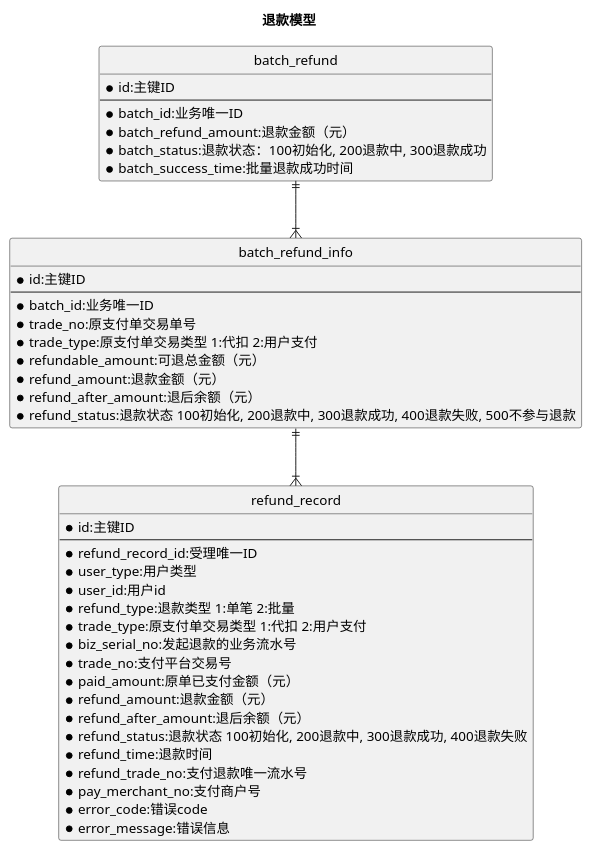
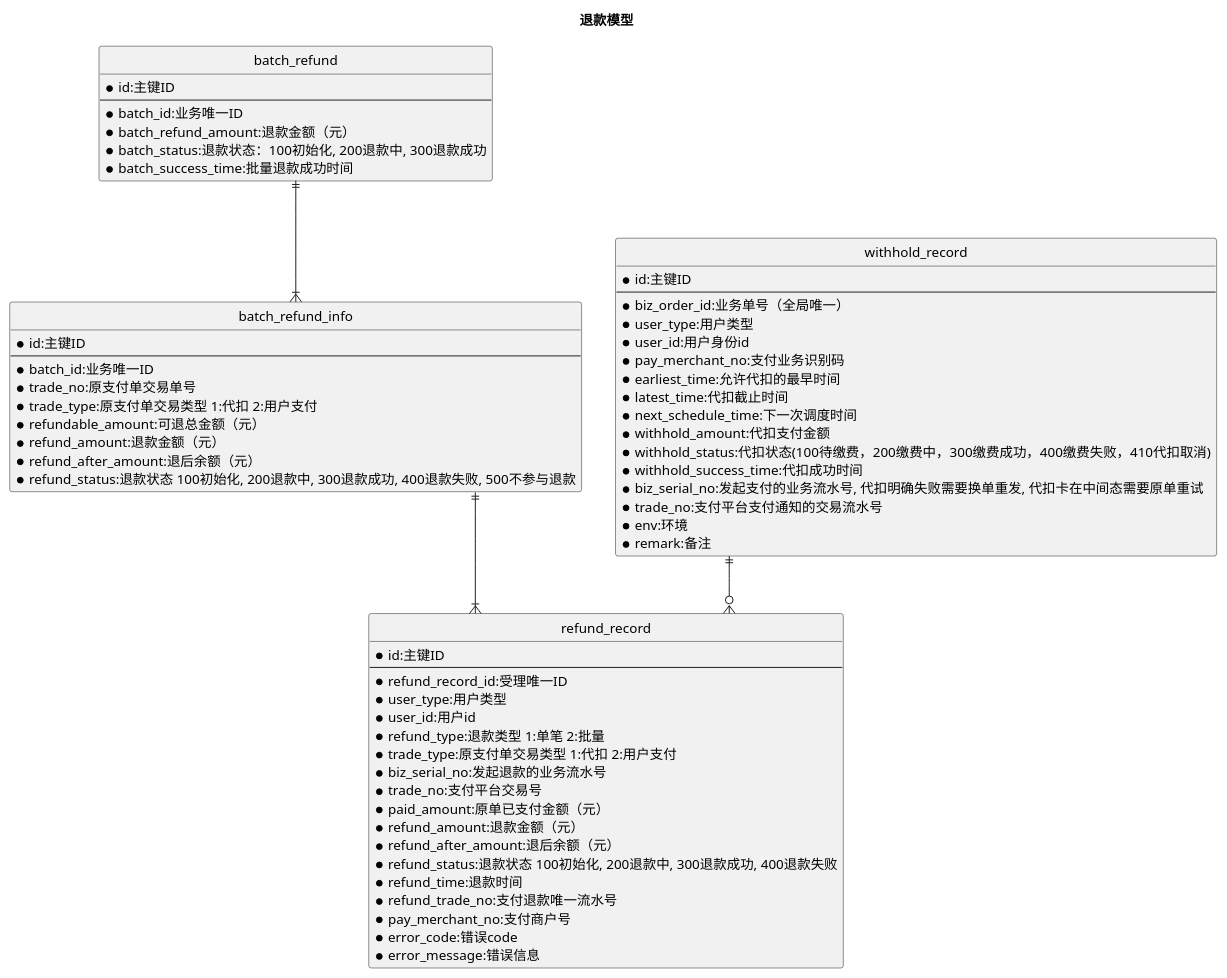
Before and after one commit to dictionaryshi/wxjj: the diagram in diagram/EntityDemo.puml, drawn with PlantUML.

Commit message:
EntityDemo.puml

```diff
--- a/diagram/EntityDemo.puml
+++ b/diagram/EntityDemo.puml
@@ -1,58 +1,79 @@
 @startuml
 
 title 退款模型
 
 '隐藏类标'
 hide circle
 
 '使用直线'
 skinparam linetype ortho
 
 entity "batch_refund" {
 *id:主键ID
 --
 *batch_id:业务唯一ID
 *batch_refund_amount:退款金额（元）
 *batch_status:退款状态：100初始化, 200退款中, 300退款成功
 *batch_success_time:批量退款成功时间
 }
 
 entity "batch_refund_info" {
 *id:主键ID
 --
 *batch_id:业务唯一ID
 *trade_no:原支付单交易单号
 *trade_type:原支付单交易类型 1:代扣 2:用户支付
 *refundable_amount:可退总金额（元）
 *refund_amount:退款金额（元）
 *refund_after_amount:退后余额（元）
 *refund_status:退款状态 100初始化, 200退款中, 300退款成功, 400退款失败, 500不参与退款
 }
 
 entity "refund_record" {
 *id:主键ID
 --
 *refund_record_id:受理唯一ID
 *user_type:用户类型
 *user_id:用户id
 *refund_type:退款类型 1:单笔 2:批量
 *trade_type:原支付单交易类型 1:代扣 2:用户支付
 *biz_serial_no:发起退款的业务流水号
 *trade_no:支付平台交易号
 *paid_amount:原单已支付金额（元）
 *refund_amount:退款金额（元）
 *refund_after_amount:退后余额（元）
 *refund_status:退款状态 100初始化, 200退款中, 300退款成功, 400退款失败
 *refund_time:退款时间
 *refund_trade_no:支付退款唯一流水号
 *pay_merchant_no:支付商户号
 *error_code:错误code
 *error_message:错误信息
 }
 
+entity "withhold_record" {
+*id:主键ID
+--
+*biz_order_id:业务单号（全局唯一）
+*user_type:用户类型
+*user_id:用户身份id
+*pay_merchant_no:支付业务识别码
+*earliest_time:允许代扣的最早时间
+*latest_time:代扣截止时间
+*next_schedule_time:下一次调度时间
+*withhold_amount:代扣支付金额
+*withhold_status:代扣状态(100待缴费，200缴费中，300缴费成功，400缴费失败，410代扣取消)
+*withhold_success_time:代扣成功时间
+*biz_serial_no:发起支付的业务流水号, 代扣明确失败需要换单重发, 代扣卡在中间态需要原单重试
+*trade_no:支付平台支付通知的交易流水号
+*env:环境
+*remark:备注
+}
+
 '一对多'
 batch_refund ||--|{ batch_refund_info
 '一对多'
 batch_refund_info ||--|{ refund_record
+'一对0或多'
+withhold_record ||--o{ refund_record
 
 @enduml
```
